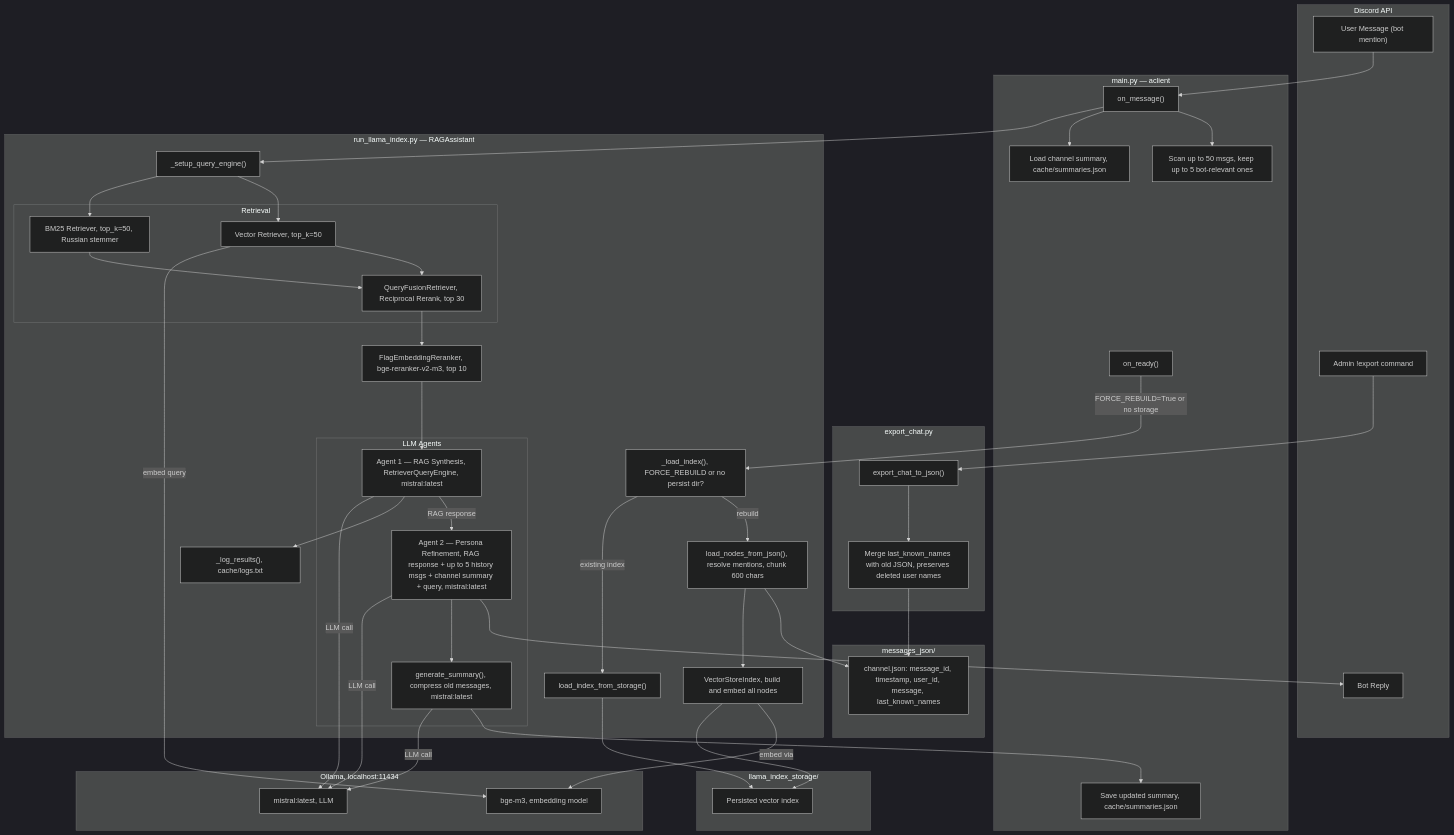
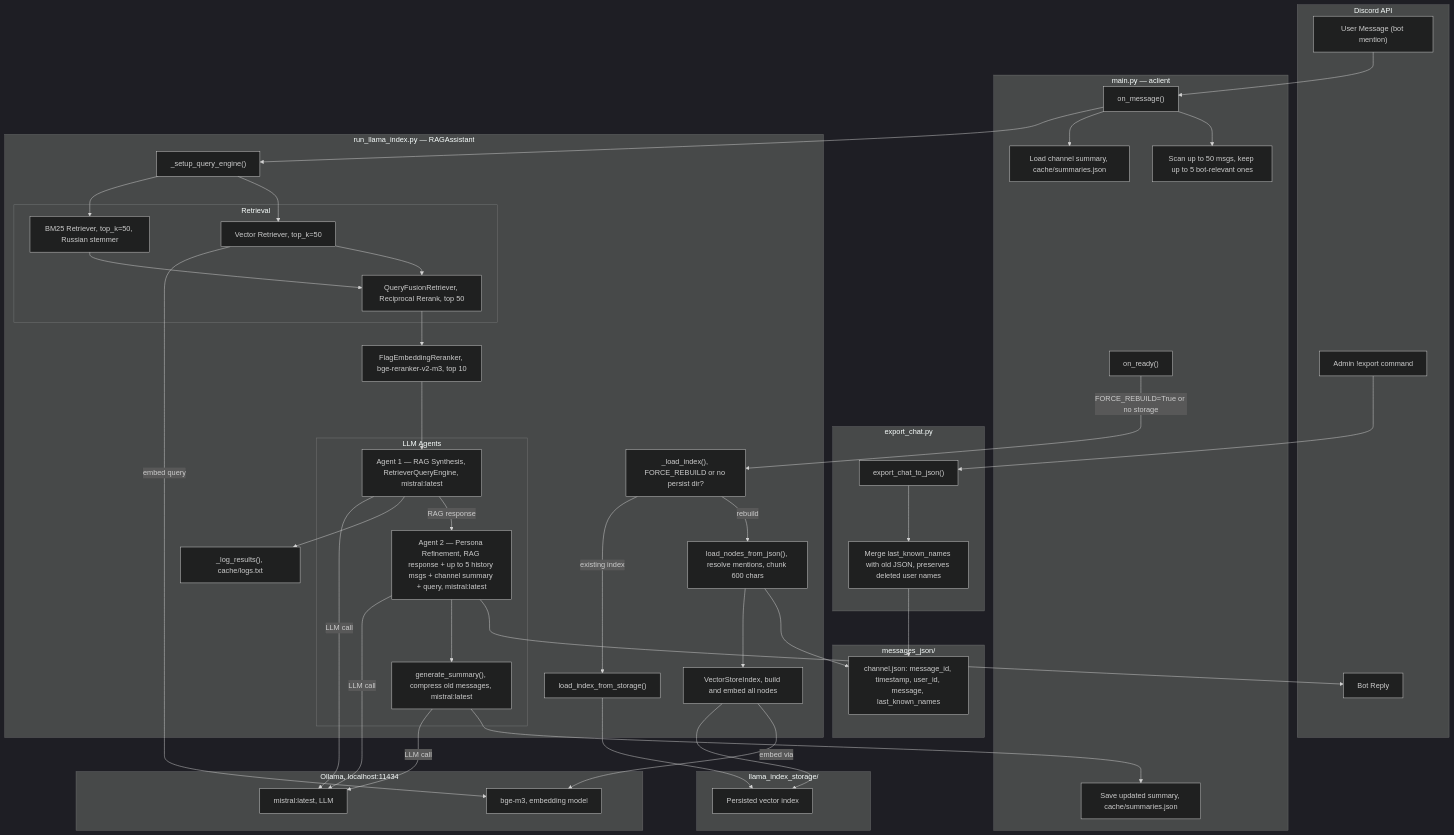
One commit to vp-1591/discord-assistant changed the first of 3 diagrams in architecture.md. Above: the diagram before and after it, drawn with Mermaid (dark theme). The commit also changed other lines of this file and 5 other files, not shown here.

```diff
--- a/architecture.md
+++ b/architecture.md
@@ -37,7 +37,7 @@
         subgraph Retrievers["Retrieval"]
             VEC_RET["Vector Retriever, top_k=50"]
             BM25["BM25 Retriever, top_k=50, Russian stemmer"]
-            FUSION["QueryFusionRetriever, Reciprocal Rerank, top 30"]
+            FUSION["QueryFusionRetriever, Reciprocal Rerank, top 50"]
         end
 
         RERANKER["FlagEmbeddingReranker, bge-reranker-v2-m3, top 10"]
```
